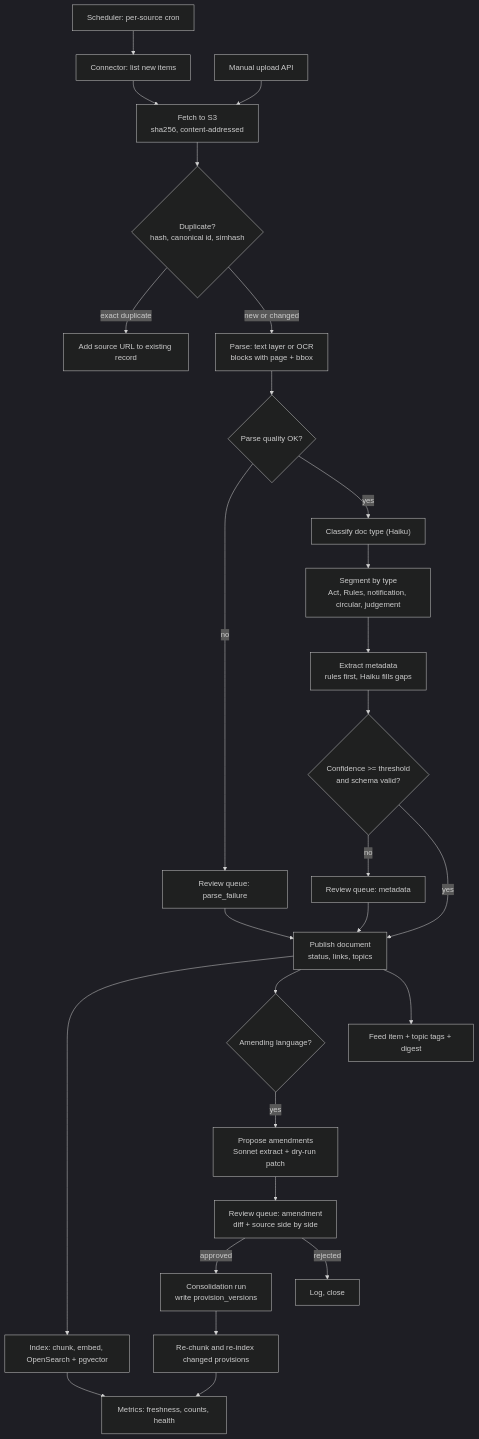
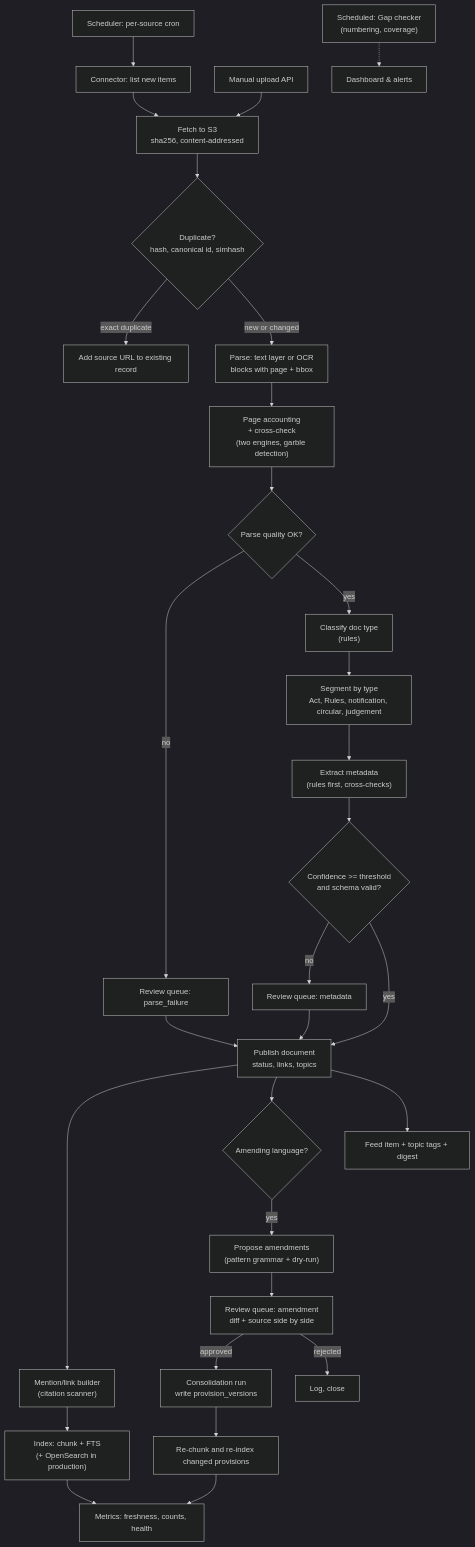
Before and after one commit to pavankmys/TaxResearch: the second of 2 diagrams in TSD.md, drawn with Mermaid (dark theme). The commit also changed other lines of this file and 1 other file, not shown here.

First line of the commit message:
Re-scope FSD and TSD to v0.2: non-LLM research repository, POC first

````diff
--- a/TSD.md
+++ b/TSD.md
@@ -379,29 +393,33 @@
 ```mermaid
 flowchart TD
   A["Scheduler: per-source cron"] --> B["Connector: list new items"]
   M["Manual upload API"] --> C
   B --> C["Fetch to S3<br/>sha256, content-addressed"]
   C --> D{"Duplicate?<br/>hash, canonical id, simhash"}
   D -- "exact duplicate" --> D1["Add source URL to existing record"]
   D -- "new or changed" --> E["Parse: text layer or OCR<br/>blocks with page + bbox"]
-  E --> F{"Parse quality OK?"}
+  E --> PA["Page accounting<br/>+ cross-check<br/>(two engines, garble detection)"]
+  PA --> F{"Parse quality OK?"}
   F -- "no" --> R1["Review queue: parse_failure"]
-  F -- "yes" --> G["Classify doc type (Haiku)"]
+  F -- "yes" --> G["Classify doc type<br/>(rules)"]
   G --> H["Segment by type<br/>Act, Rules, notification, circular, judgement"]
-  H --> I["Extract metadata<br/>rules first, Haiku fills gaps"]
+  H --> I["Extract metadata<br/>(rules first, cross-checks)"]
   I --> J{"Confidence >= threshold<br/>and schema valid?"}
   J -- "no" --> R2["Review queue: metadata"]
   J -- "yes" --> K["Publish document<br/>status, links, topics"]
   R1 --> K
   R2 --> K
-  K --> L["Index: chunk, embed, OpenSearch + pgvector"]
+  K --> MENTION["Mention/link builder<br/>(citation scanner)"]
+  MENTION --> L["Index: chunk + FTS<br/>(+ OpenSearch in production)"]
   K --> N{"Amending language?"}
-  N -- "yes" --> O["Propose amendments<br/>Sonnet extract + dry-run patch"]
+  N -- "yes" --> O["Propose amendments<br/>(pattern grammar + dry-run)"]
   O --> R3["Review queue: amendment<br/>diff + source side by side"]
   R3 -- "approved" --> P["Consolidation run<br/>write provision_versions"]
   P --> Q["Re-chunk and re-index changed provisions"]
   R3 -- "rejected" --> S["Log, close"]
   K --> T["Feed item + topic tags + digest"]
   L --> U["Metrics: freshness, counts, health"]
   Q --> U
+  GAP["Scheduled: Gap checker<br/>(numbering, coverage)"]
+  GAP -.-> DASH["Dashboard & alerts"]
 ```
````
